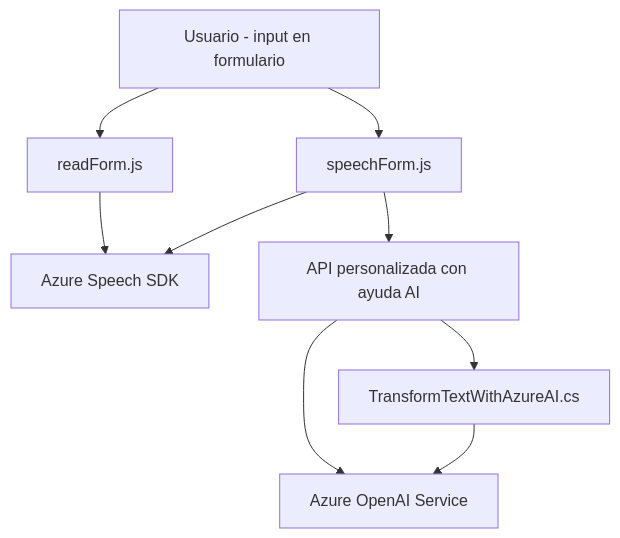
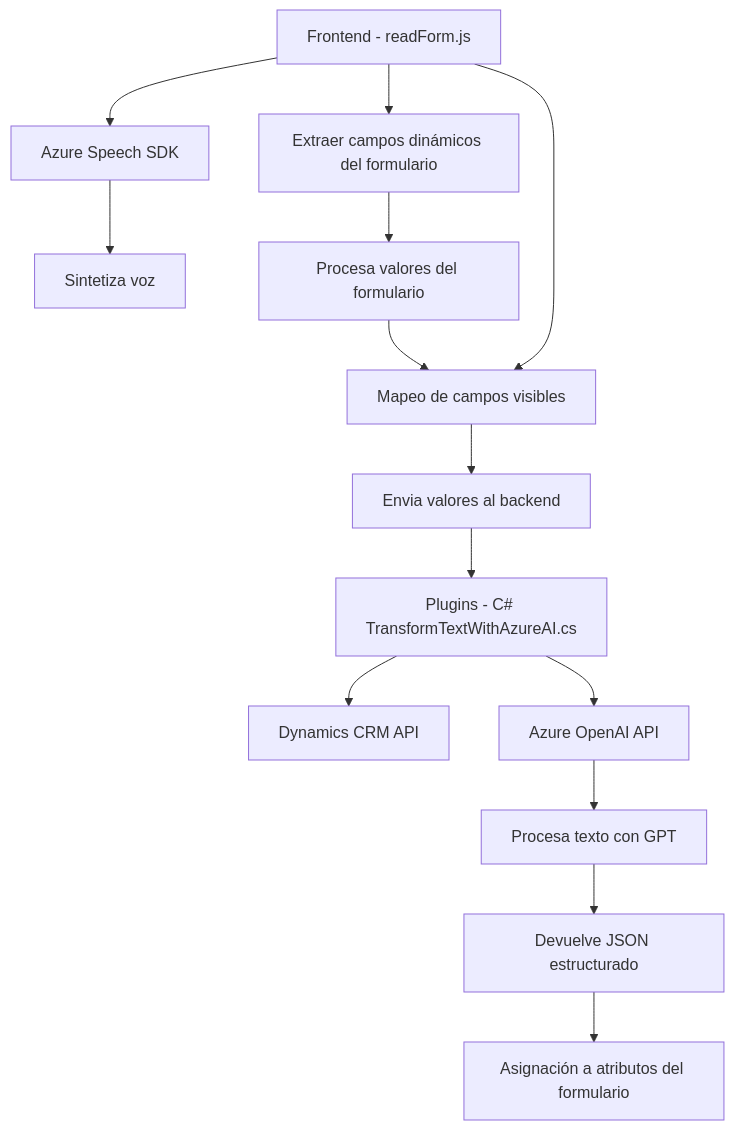
The diagram in README.md (blopezdm/NETCORE_BILBAO2025), drawn with Mermaid before and after one commit. The commit also changed other lines of this file, not shown here.

Commit message:
Actualizar análisis global de la solución con IA

````diff
--- a/README.md
+++ b/README.md
@@ -39,19 +49,17 @@
 ```mermaid
 graph TD
-    A[Usuario - input en formulario]
-    B["readForm.js"]
-    C["speechForm.js"]
-    D["Azure Speech SDK"]
-    E["API personalizada con ayuda AI"]
-    F["Azure OpenAI Service"]
-    G["TransformTextWithAzureAI.cs"]
+    A["Frontend - readForm.js"] --> B["Azure Speech SDK"]
+    A --> C["Extraer campos dinámicos del formulario"]
+    B --> D["Sintetiza voz"]
+    C --> E["Procesa valores del formulario"]
+    E --> F["Mapeo de campos visibles"]
+    A --> F
+    F --> G["Envia valores al backend"]
 
-    A --> B
-    A --> C
-    B --> D
-    C --> D
-    C --> E
-    E --> F
-    E --> G
-    G --> F
+    G --> H["Plugins - C# TransformTextWithAzureAI.cs"]
+    H --> I["Dynamics CRM API"]
+    H --> J["Azure OpenAI API"]
+    J --> K["Procesa texto con GPT"]
+    K --> L["Devuelve JSON estructurado"]
+    L --> M["Asignación a atributos del formulario"]
 ```
````
